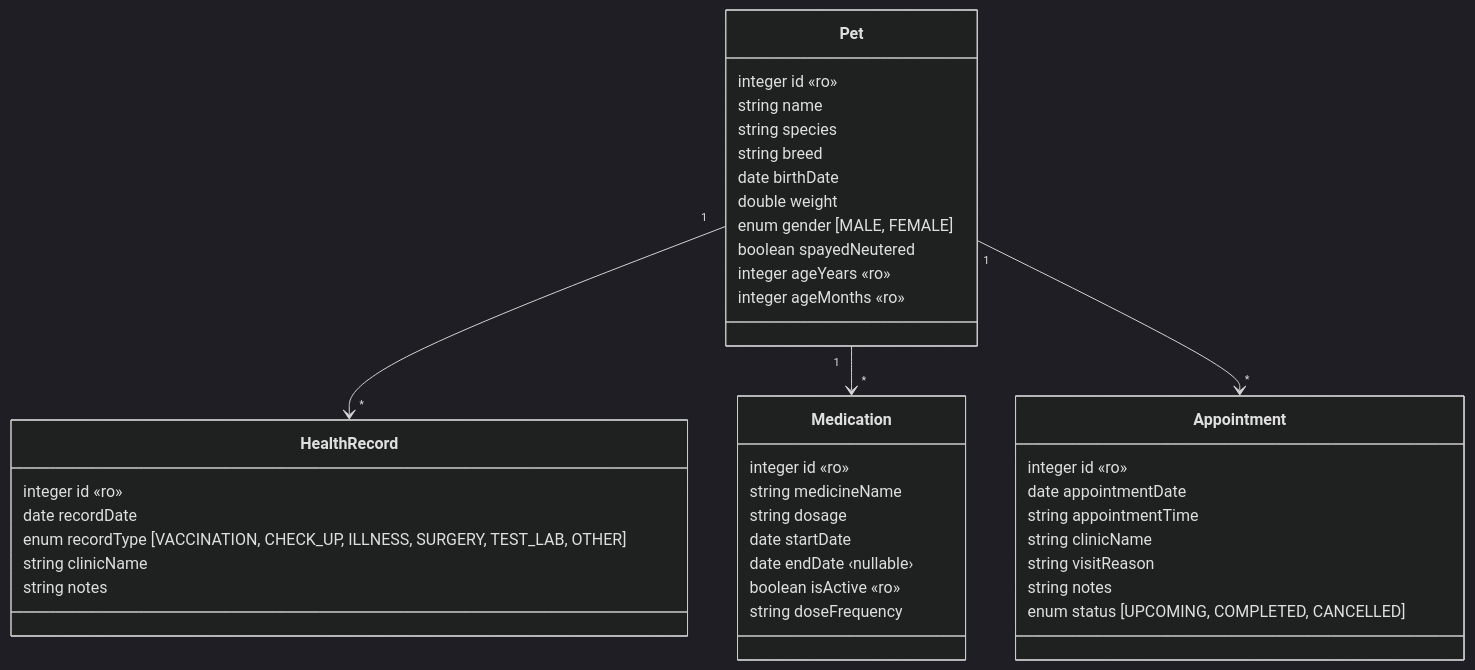
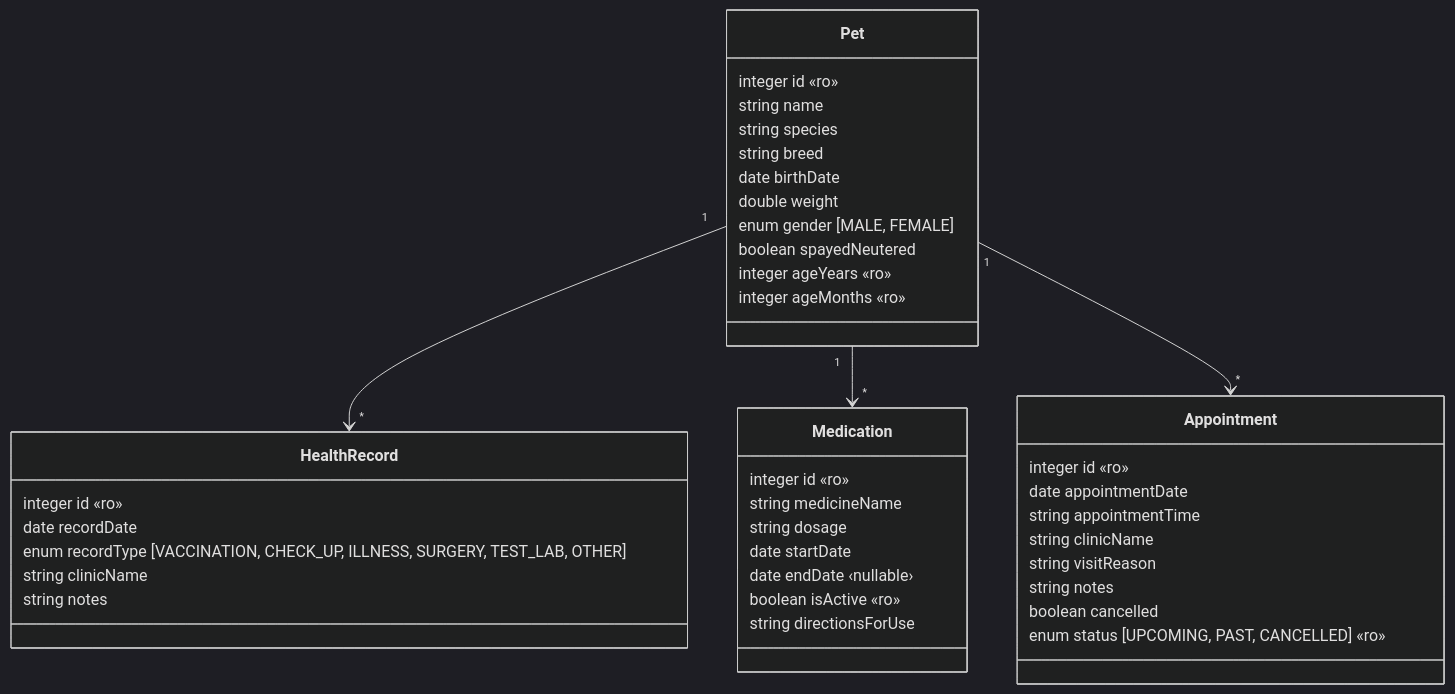
Before and after one commit to tobykpcheng/pet-health-tracker: the third of 3 diagrams in designs/api-design/pet-health-api-overview.md, drawn with Mermaid (dark theme). The commit also changed 19 other files, not shown here.

````diff
--- a/designs/api-design/pet-health-api-overview.md
+++ b/designs/api-design/pet-health-api-overview.md
@@ -85,43 +85,44 @@
 ```mermaid
 classDiagram
     class Pet {
         integer id «ro»
         string name
         string species
         string breed
         date birthDate
         double weight
         enum gender [MALE, FEMALE]
         boolean spayedNeutered
         integer ageYears «ro»
         integer ageMonths «ro»
     }
     class HealthRecord {
         integer id «ro»
         date recordDate
         enum recordType [VACCINATION, CHECK_UP, ILLNESS, SURGERY, TEST_LAB, OTHER]
         string clinicName
         string notes
     }
     class Medication {
         integer id «ro»
         string medicineName
         string dosage
         date startDate
         date endDate ‹nullable›
         boolean isActive «ro»
-        string doseFrequency
+        string directionsForUse
     }
     class Appointment {
         integer id «ro»
         date appointmentDate
         string appointmentTime
         string clinicName
         string visitReason
         string notes
-        enum status [UPCOMING, COMPLETED, CANCELLED]
+        boolean cancelled
+        enum status [UPCOMING, PAST, CANCELLED] «ro»
     }
     Pet "1" --> "*" HealthRecord
     Pet "1" --> "*" Medication
     Pet "1" --> "*" Appointment
 ```
````
